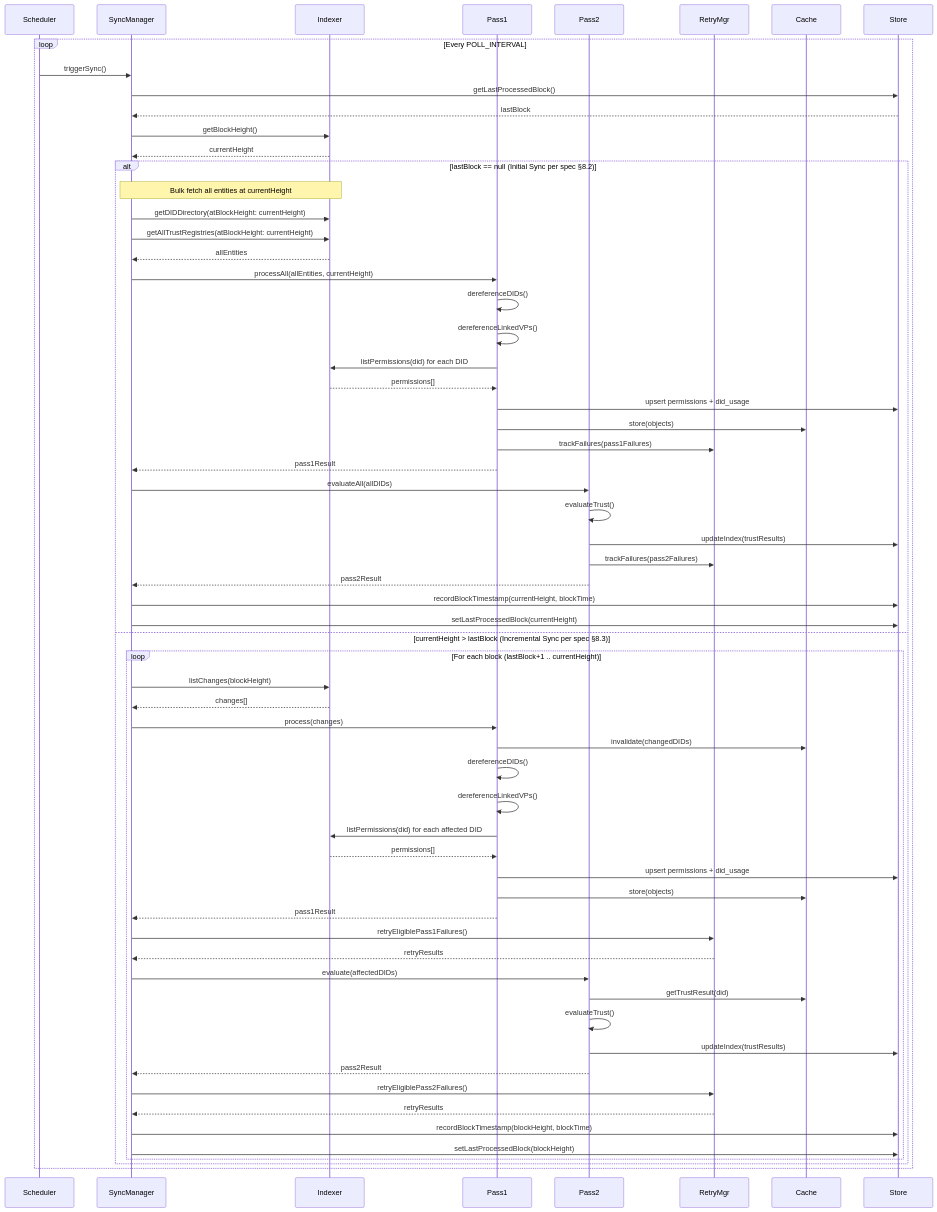
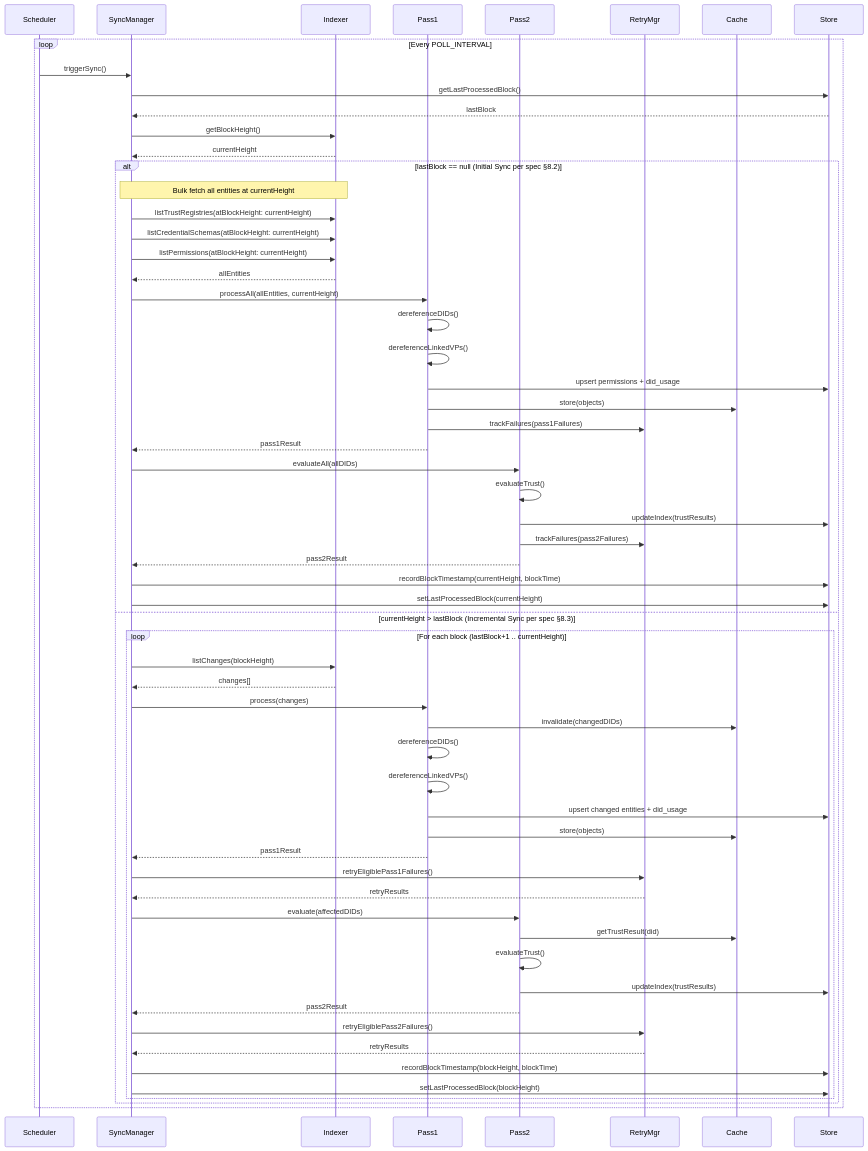
Before and after one commit to verana-labs/verana-resolver: the third of 6 diagrams in implementation-plan.md, drawn with Mermaid. The commit also changed other lines of this file and 1 other file, not shown here.

````diff
--- a/implementation-plan.md
+++ b/implementation-plan.md
@@ -292,76 +294,73 @@
 ```mermaid
 sequenceDiagram
     participant Scheduler
     participant SyncManager
     participant Indexer
     participant Pass1
     participant Pass2
     participant RetryMgr
     participant Cache
     participant Store
 
     loop Every POLL_INTERVAL
         Scheduler->>SyncManager: triggerSync()
         SyncManager->>Store: getLastProcessedBlock()
         Store-->>SyncManager: lastBlock
         SyncManager->>Indexer: getBlockHeight()
         Indexer-->>SyncManager: currentHeight
         
         alt lastBlock == null (Initial Sync per spec §8.2)
             Note over SyncManager,Indexer: Bulk fetch all entities at currentHeight
-            SyncManager->>Indexer: getDIDDirectory(atBlockHeight: currentHeight)
-            SyncManager->>Indexer: getAllTrustRegistries(atBlockHeight: currentHeight)
+            SyncManager->>Indexer: listTrustRegistries(atBlockHeight: currentHeight)
+            SyncManager->>Indexer: listCredentialSchemas(atBlockHeight: currentHeight)
+            SyncManager->>Indexer: listPermissions(atBlockHeight: currentHeight)
             Indexer-->>SyncManager: allEntities
 
             SyncManager->>Pass1: processAll(allEntities, currentHeight)
             Pass1->>Pass1: dereferenceDIDs()
             Pass1->>Pass1: dereferenceLinkedVPs()
-            Pass1->>Indexer: listPermissions(did) for each DID
-            Indexer-->>Pass1: permissions[]
             Pass1->>Store: upsert permissions + did_usage
             Pass1->>Cache: store(objects)
             Pass1->>RetryMgr: trackFailures(pass1Failures)
             Pass1-->>SyncManager: pass1Result
 
             SyncManager->>Pass2: evaluateAll(allDIDs)
             Pass2->>Pass2: evaluateTrust()
             Pass2->>Store: updateIndex(trustResults)
             Pass2->>RetryMgr: trackFailures(pass2Failures)
             Pass2-->>SyncManager: pass2Result
 
             SyncManager->>Store: recordBlockTimestamp(currentHeight, blockTime)
             SyncManager->>Store: setLastProcessedBlock(currentHeight)
 
         else currentHeight > lastBlock (Incremental Sync per spec §8.3)
             loop For each block (lastBlock+1 .. currentHeight)
                 SyncManager->>Indexer: listChanges(blockHeight)
                 Indexer-->>SyncManager: changes[]
                 
                 SyncManager->>Pass1: process(changes)
                 Pass1->>Cache: invalidate(changedDIDs)
                 Pass1->>Pass1: dereferenceDIDs()
                 Pass1->>Pass1: dereferenceLinkedVPs()
-                Pass1->>Indexer: listPermissions(did) for each affected DID
-                Indexer-->>Pass1: permissions[]
-                Pass1->>Store: upsert permissions + did_usage
+                Pass1->>Store: upsert changed entities + did_usage
                 Pass1->>Cache: store(objects)
                 Pass1-->>SyncManager: pass1Result
 
                 SyncManager->>RetryMgr: retryEligiblePass1Failures()
                 RetryMgr-->>SyncManager: retryResults
                 
                 SyncManager->>Pass2: evaluate(affectedDIDs)
                 Pass2->>Cache: getTrustResult(did)
                 Pass2->>Pass2: evaluateTrust()
                 Pass2->>Store: updateIndex(trustResults)
                 Pass2-->>SyncManager: pass2Result
 
                 SyncManager->>RetryMgr: retryEligiblePass2Failures()
                 RetryMgr-->>SyncManager: retryResults
                 
                 SyncManager->>Store: recordBlockTimestamp(blockHeight, blockTime)
                 SyncManager->>Store: setLastProcessedBlock(blockHeight)
             end
         end
     end
 ```
````
